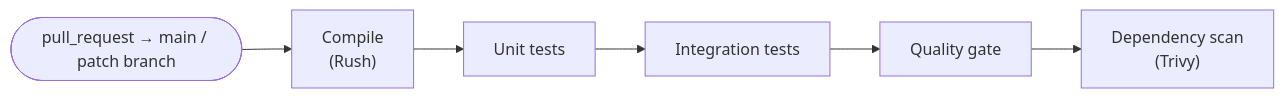
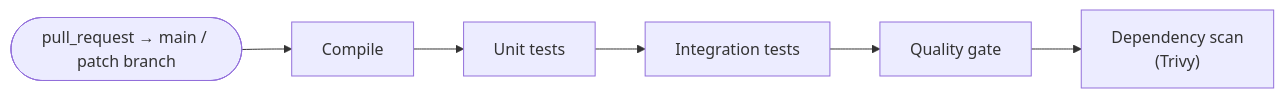
One commit to NipunaRanasinghe/wso2i-process-guides changed the first of 5 diagrams in docs/cicd-pipelines.md. Above: the diagram before and after it, drawn with Mermaid. The commit also changed other lines of this file, not shown here.

````diff
--- a/docs/cicd-pipelines.md
+++ b/docs/cicd-pipelines.md
@@ -17,8 +19,8 @@
 ```mermaid
 graph LR
-    T(["pull_request → main / patch branch"]) --> S1["Compile<br>(Rush)"]
+    T(["pull_request → main / patch branch"]) --> S1["Compile"]
     S1 --> S2["Unit tests"]
     S2 --> S3["Integration tests"]
     S3 --> S4["Quality gate"]
     S4 --> S5["Dependency scan<br>(Trivy)"]
 ```
````
